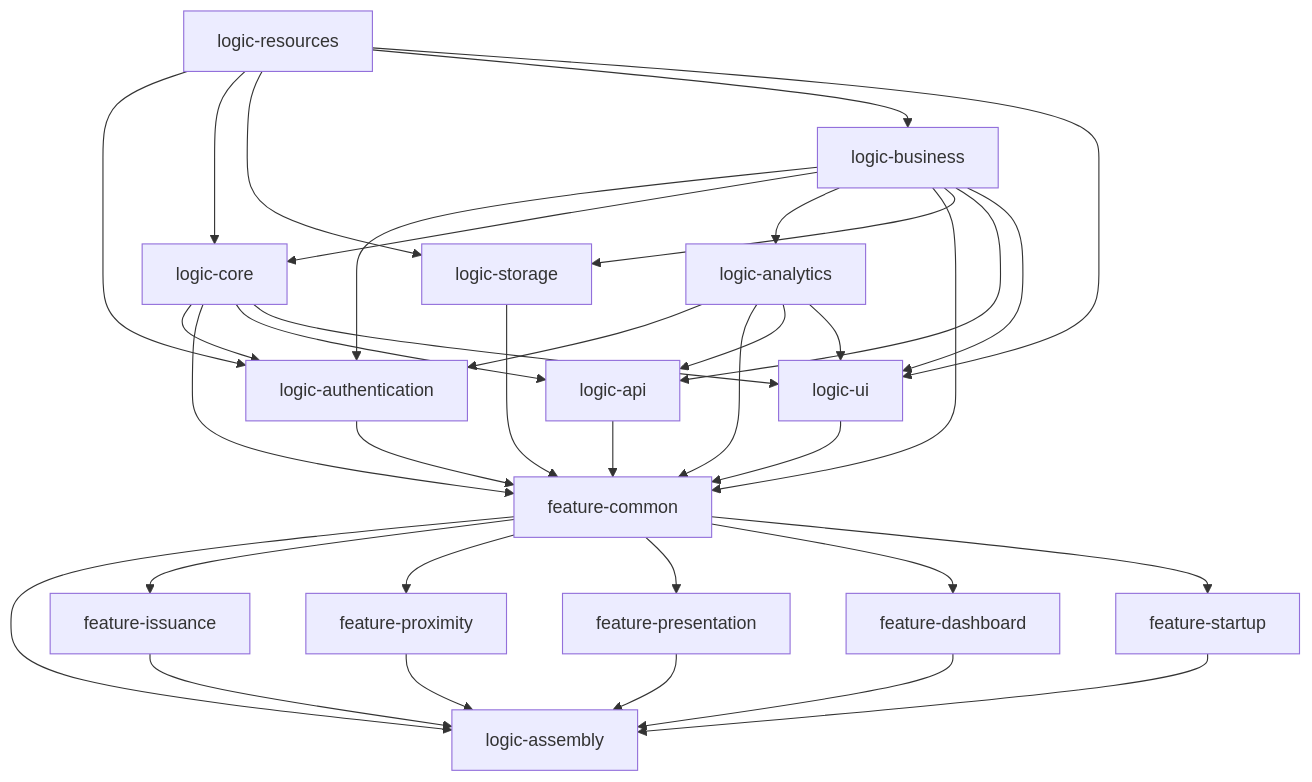
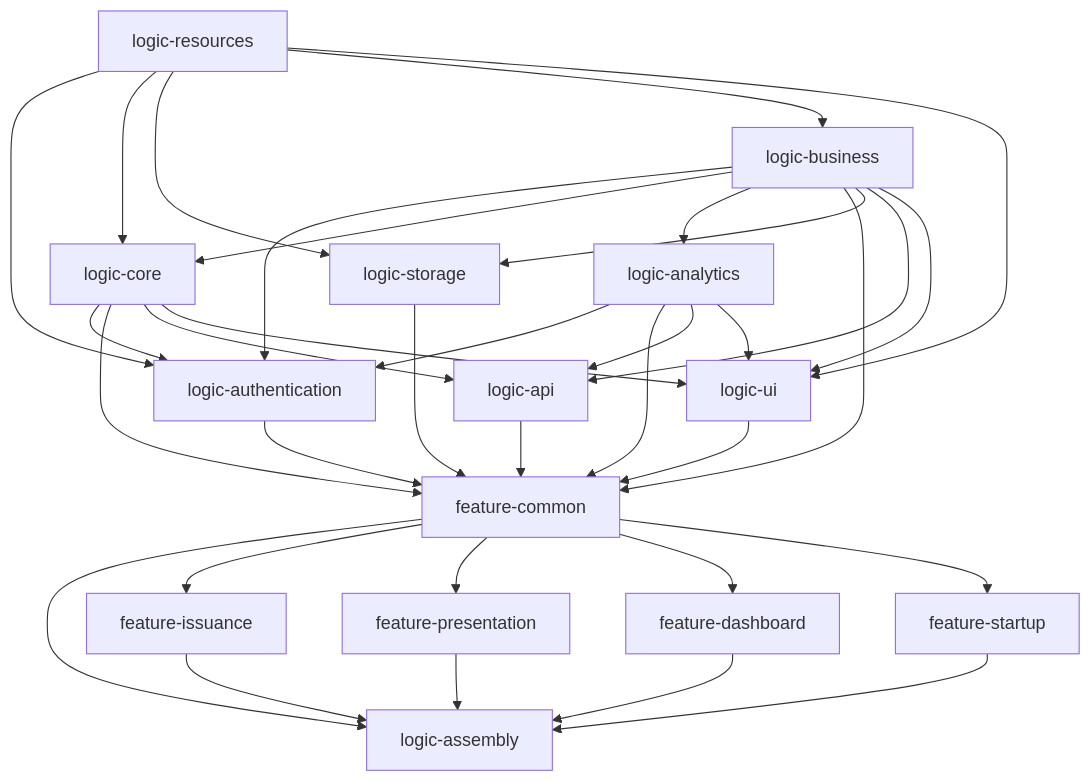
One commit to eu-digital-identity-wallet/av-app-ios-wallet-ui changed the diagram in README.md. Above: the diagram before and after it, drawn with Mermaid. The commit also changed other lines of this file and 4 other files, not shown here.

````diff
--- a/README.md
+++ b/README.md
@@ -184,53 +150,50 @@
 ```mermaid
 graph TD;
   logic-business --> logic-authentication
   logic-core --> logic-authentication
   logic-analytics --> logic-authentication
   logic-resources --> logic-authentication
 
   feature-common --> logic-assembly
   feature-startup --> logic-assembly
   feature-dashboard --> logic-assembly
   feature-presentation --> logic-assembly
   feature-issuance --> logic-assembly
-  feature-proximity --> logic-assembly
 
   logic-business --> logic-core
   logic-resources --> logic-core
   logic-resources --> logic-storage
 
   logic-business --> logic-analytics
 
   feature-common --> feature-issuance
-
-  feature-common --> feature-proximity
 
   feature-common --> feature-presentation
 
   feature-common --> feature-dashboard
 
   logic-storage --> feature-common
   logic-core --> feature-common
   logic-business --> feature-common
   logic-analytics --> feature-common
   logic-ui --> feature-common
   logic-api --> feature-common
   logic-authentication --> feature-common
 
   feature-common --> feature-startup
 
   logic-business --> logic-storage
 
   logic-core --> logic-api
   logic-business --> logic-api
   logic-analytics --> logic-api
 
   logic-resources --> logic-business
 
   logic-business --> logic-ui
   logic-analytics --> logic-ui
   logic-resources --> logic-ui
 
   logic-core --> logic-ui
 
 ```
````
